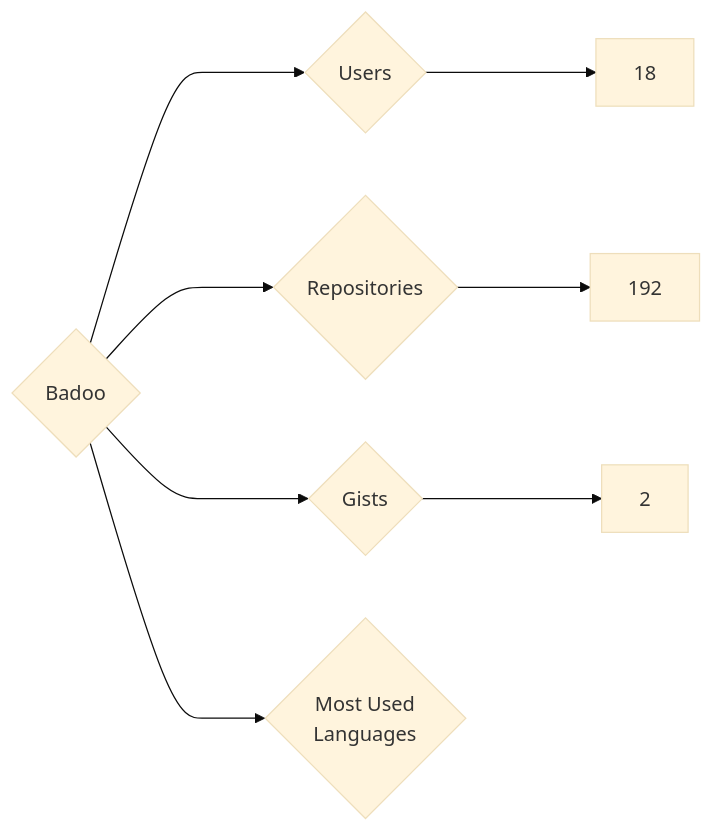
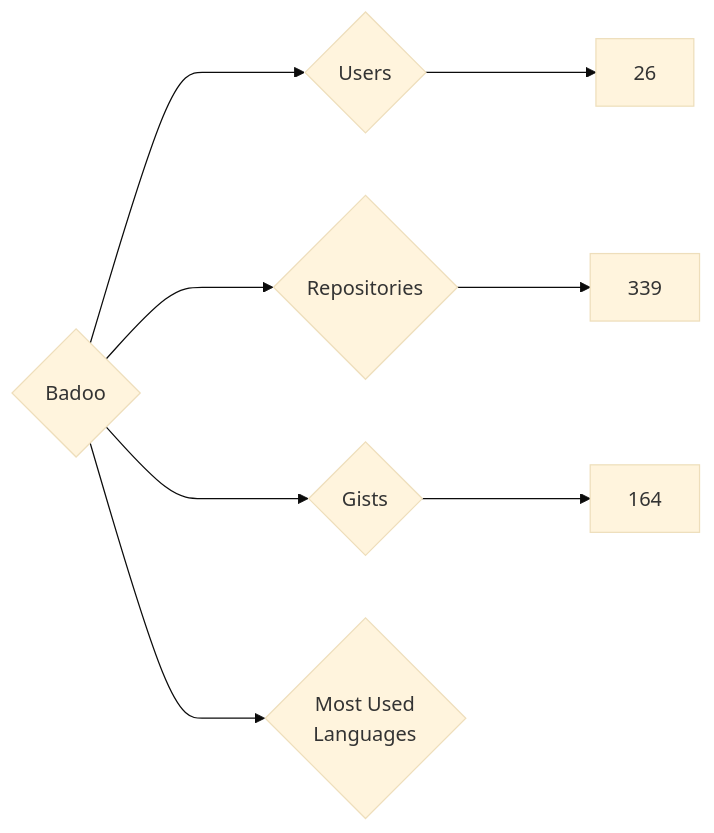
Before and after one commit to nenadzaric/insiders: the diagram in targets/Badoo/README.md, drawn with Mermaid (base theme). The commit also changed 1342 other files, not shown here.

````diff
--- a/targets/Badoo/README.md
+++ b/targets/Badoo/README.md
@@ -3,8 +3,8 @@
 ```mermaid
 graph LR
 COMPANY_NAME{Badoo}
-COMPANY_NAME ---> U{Users} ---> UN[18]
-COMPANY_NAME ---> R{Repositories} ---> RN[192]
-COMPANY_NAME ---> G{Gists} ---> GN[2]
+COMPANY_NAME ---> U{Users} ---> UN[26]
+COMPANY_NAME ---> R{Repositories} ---> RN[339]
+COMPANY_NAME ---> G{Gists} ---> GN[164]
 COMPANY_NAME ---> ML{Most Used<br>Languages}
 ```
````
